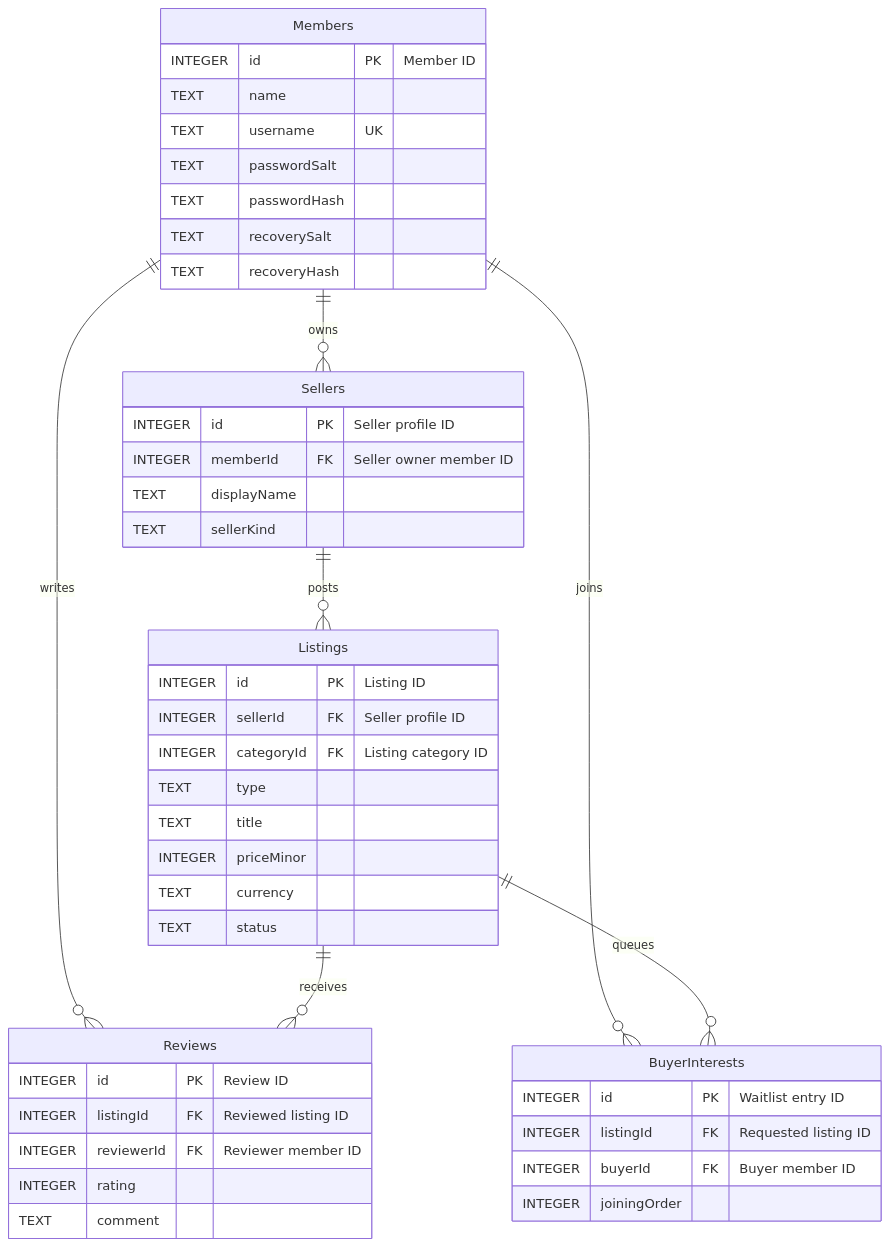
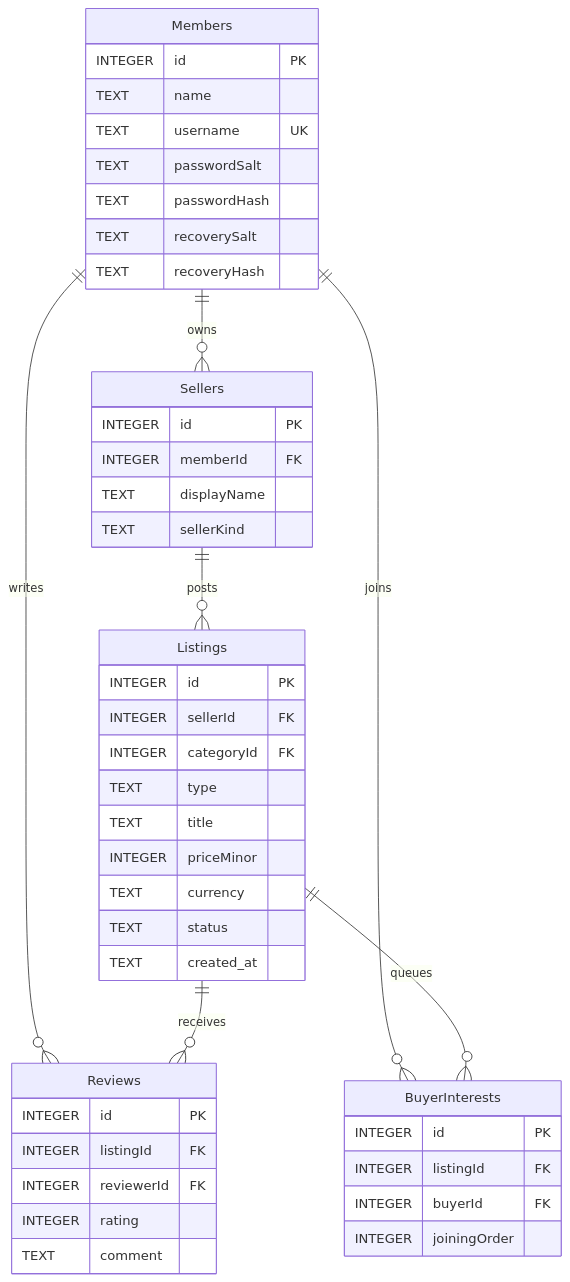
Before and after one commit to XionAce/cpe314-69323-capstone-team-01: the third of 5 diagrams in docs/design-document.md, drawn with Mermaid. The commit also changed other lines of this file and 9 other files, not shown here.

````diff
--- a/docs/design-document.md
+++ b/docs/design-document.md
@@ -252,47 +315,48 @@
 ```mermaid
 erDiagram
     Members {
-        INTEGER id PK "Member ID"
+        INTEGER id PK
         TEXT name
         TEXT username UK
         TEXT passwordSalt
         TEXT passwordHash
         TEXT recoverySalt
         TEXT recoveryHash
     }
     Sellers {
-        INTEGER id PK "Seller profile ID"
-        INTEGER memberId FK "Seller owner member ID"
+        INTEGER id PK
+        INTEGER memberId FK
         TEXT displayName
         TEXT sellerKind
     }
     Listings {
-        INTEGER id PK "Listing ID"
-        INTEGER sellerId FK "Seller profile ID"
-        INTEGER categoryId FK "Listing category ID"
+        INTEGER id PK
+        INTEGER sellerId FK
+        INTEGER categoryId FK
         TEXT type
         TEXT title
         INTEGER priceMinor
         TEXT currency
         TEXT status
+        TEXT created_at
     }
     Reviews {
-        INTEGER id PK "Review ID"
-        INTEGER listingId FK "Reviewed listing ID"
-        INTEGER reviewerId FK "Reviewer member ID"
+        INTEGER id PK
+        INTEGER listingId FK
+        INTEGER reviewerId FK
         INTEGER rating
         TEXT comment
     }
     BuyerInterests {
-        INTEGER id PK "Waitlist entry ID"
-        INTEGER listingId FK "Requested listing ID"
-        INTEGER buyerId FK "Buyer member ID"
+        INTEGER id PK
+        INTEGER listingId FK
+        INTEGER buyerId FK
         INTEGER joiningOrder
     }
     Members ||--o{ Sellers : owns
     Members ||--o{ Reviews : writes
     Members ||--o{ BuyerInterests : joins
     Sellers ||--o{ Listings : posts
     Listings ||--o{ Reviews : receives
     Listings ||--o{ BuyerInterests : queues
 ```
````
